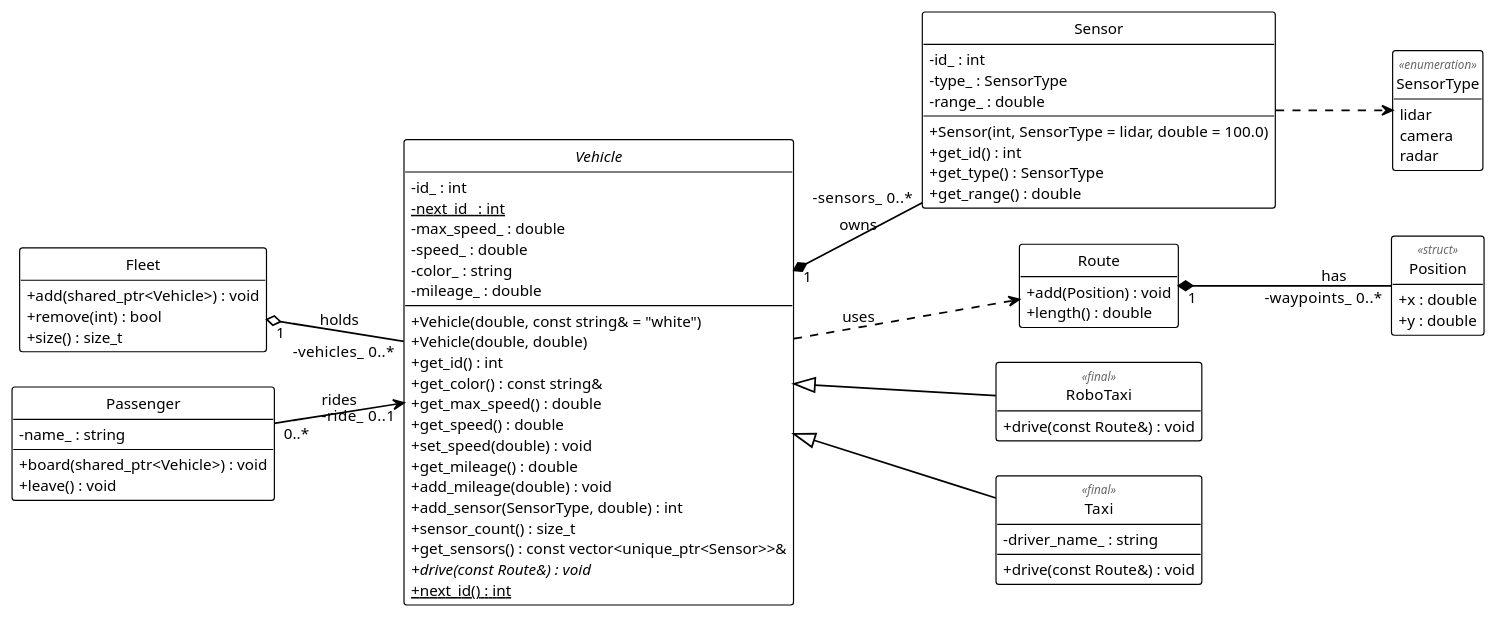
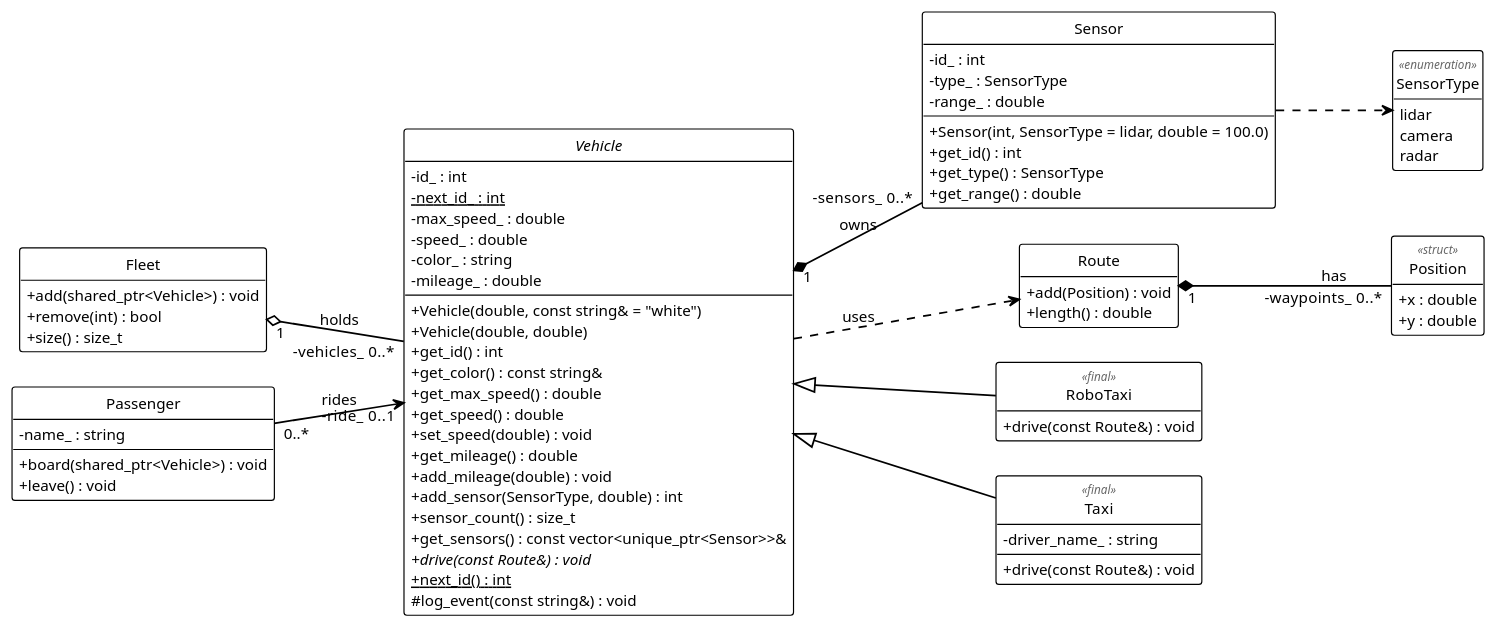
The diagram in project/week9/uml/robotaxi_model.plantuml (zeidk/enpm702-fall-2026-cpp), drawn with PlantUML before and after one commit. The commit also changed 2 other files, not shown here.

Commit message:
week9: protected log_event in Vehicle, and in the class diagram
RoboTaxi and Taxi are final, so a protected member belongs in their base
class. log_event prints one line about the vehicle; no program calls it
yet, so every output is unchanged.

```diff
--- a/project/week9/uml/robotaxi_model.plantuml
+++ b/project/week9/uml/robotaxi_model.plantuml
@@ -1,88 +1,89 @@
 @startuml model_full_members
 ' Generated for the slides.
 !theme mono
 skinparam backgroundColor white
 skinparam defaultFontName "Fira Sans"
 skinparam defaultFontSize 13
 skinparam shadowing false
 skinparam classAttributeIconSize 0
 skinparam nodesep 30
 skinparam ranksep 75
 skinparam ArrowThickness 1.5
 hide circle
 hide empty members
 
 
 left to right direction
 
 class Fleet {
   + add(shared_ptr<Vehicle>) : void
   + remove(int) : bool
   + size() : size_t
 }
 class Passenger {
   - name_ : string
   + board(shared_ptr<Vehicle>) : void
   + leave() : void
 }
 abstract class Vehicle {
   - id_ : int
   - {static} next_id_ : int
   - max_speed_ : double
   - speed_ : double
   - color_ : string
   - mileage_ : double
   + Vehicle(double, const string& = "white")
   + Vehicle(double, double)
   + get_id() : int
   + get_color() : const string&
   + get_max_speed() : double
   + get_speed() : double
   + set_speed(double) : void
   + get_mileage() : double
   + add_mileage(double) : void
   + add_sensor(SensorType, double) : int
   + sensor_count() : size_t
   + get_sensors() : const vector<unique_ptr<Sensor>>&
   + {abstract} drive(const Route&) : void
   + {static} next_id() : int
+  # log_event(const string&) : void
 }
 class Sensor {
   - id_ : int
   - type_ : SensorType
   - range_ : double
   + Sensor(int, SensorType = lidar, double = 100.0)
   + get_id() : int
   + get_type() : SensorType
   + get_range() : double
 }
 enum SensorType <<enumeration>> {
   lidar
   camera
   radar
 }
 class Route {
   + add(Position) : void
   + length() : double
 }
 class Position <<struct>> {
   + x : double
   + y : double
 }
 class RoboTaxi <<final>> {
   + drive(const Route&) : void
 }
 class Taxi <<final>> {
   - driver_name_ : string
   + drive(const Route&) : void
 }
 
 Fleet "1" o-- "-vehicles_  0..*" Vehicle : holds
 Passenger "0..*" --> "-ride_  0..1" Vehicle : rides
 Vehicle "1" *-- "-sensors_  0..*" Sensor : owns
 Vehicle ..> Route : uses
 Route "1" *-- "-waypoints_  0..*" Position : has
 Sensor ..> SensorType
 Vehicle <|-- RoboTaxi
 Vehicle <|-- Taxi
 @enduml
```
